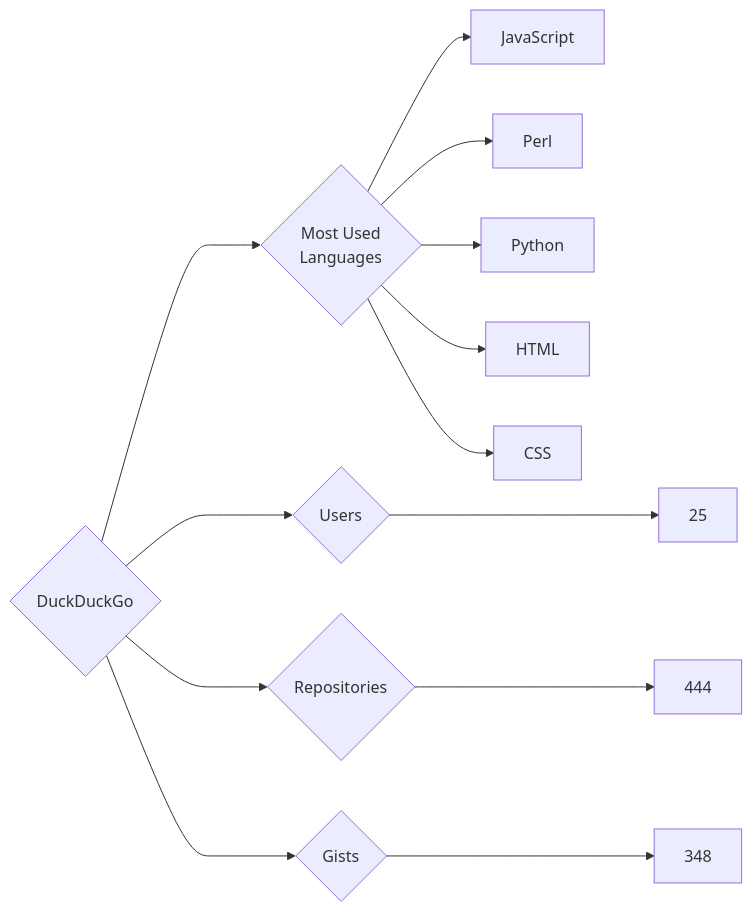
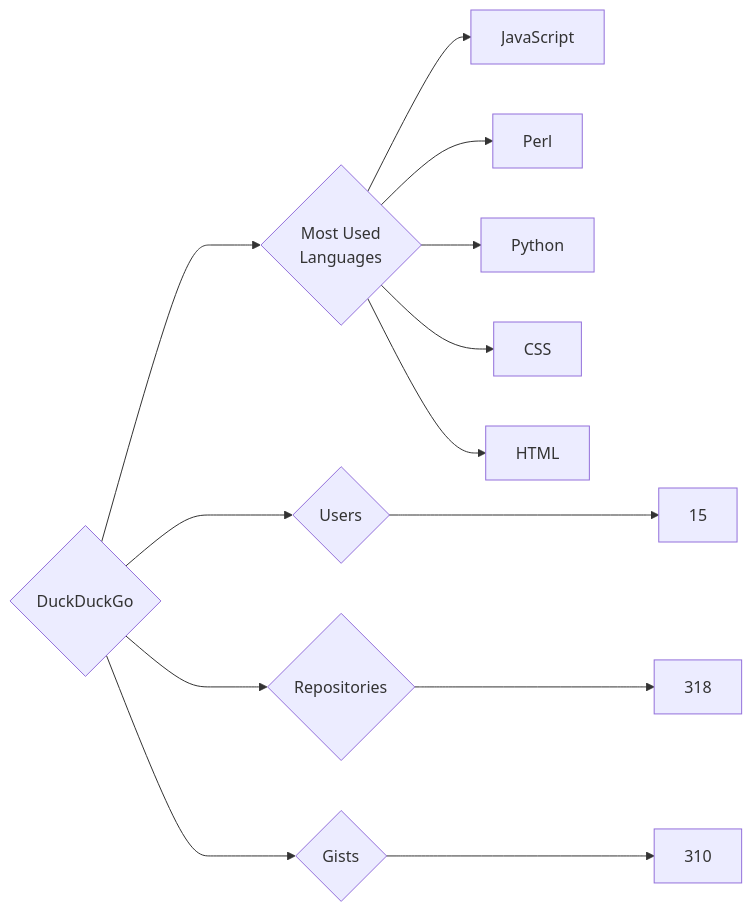
Before and after one commit to trickest/insiders: the diagram in targets/DuckDuckGo/README.md, drawn with Mermaid. The commit also changed 775 other files, not shown here.

````diff
--- a/targets/DuckDuckGo/README.md
+++ b/targets/DuckDuckGo/README.md
@@ -3,13 +3,13 @@
 ```mermaid
 graph LR
 COMPANY_NAME{DuckDuckGo}
-COMPANY_NAME ---> U{Users} ---> UN[25]
-COMPANY_NAME ---> R{Repositories} ---> RN[444]
-COMPANY_NAME ---> G{Gists} ---> GN[348]
+COMPANY_NAME ---> U{Users} ---> UN[15]
+COMPANY_NAME ---> R{Repositories} ---> RN[318]
+COMPANY_NAME ---> G{Gists} ---> GN[310]
 COMPANY_NAME ---> ML{Most Used<br>Languages}
 ML --> JavaScript[JavaScript]
 ML --> Perl[Perl]
 ML --> Python[Python]
+ML --> CSS[CSS]
 ML --> HTML[HTML]
-ML --> CSS[CSS]
 ```
````
